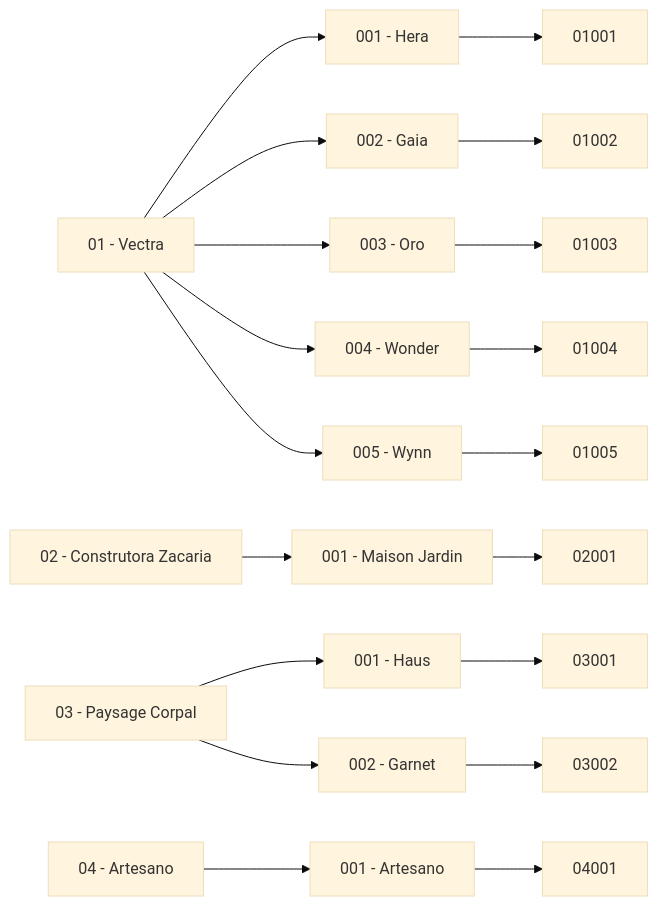
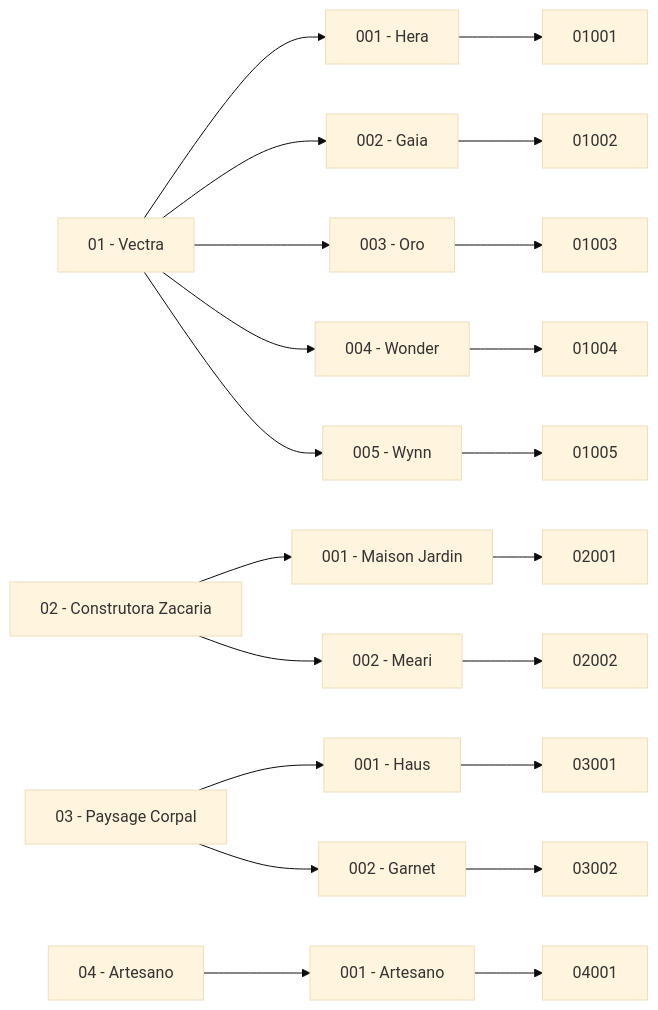
Before and after one commit to leadzsoftware/cmsouza: the third of 3 diagrams in readme.md, drawn with Mermaid (base theme).

Commit message:
Meari add

````diff
--- a/readme.md
+++ b/readme.md
@@ -264,16 +264,17 @@
 ```mermaid
 flowchart LR
     A["01 - Vectra"] --> A1["001 - Hera"] & A2["002 - Gaia"] & A3["003 - Oro"] & A4["004 - Wonder"] & A5["005 - Wynn"]
-    B["02 - Construtora Zacaria"] --> B1["001 - Maison Jardin"]
+    B["02 - Construtora Zacaria"] --> B1["001 - Maison Jardin"] & B2["002 - Meari"]
     C["03 - Paysage Corpal"] --> C1["001 - Haus"] & C2["002 - Garnet"]
     D["04 - Artesano"] --> D1["001 - Artesano"]
     A1 --> nv["01001"]
     A2 --> n0["01002"]
     A3 --> nt["01003"]
     A4 --> nf["01004"]
     A5 --> nh["01005"]
     B1 --> nn["02001"]
+    B2 --> nl["02002"]
     C1 --> nk["03001"]
     C2 --> n9["03002"]
     D1 --> nq["04001"]
 ```
````
